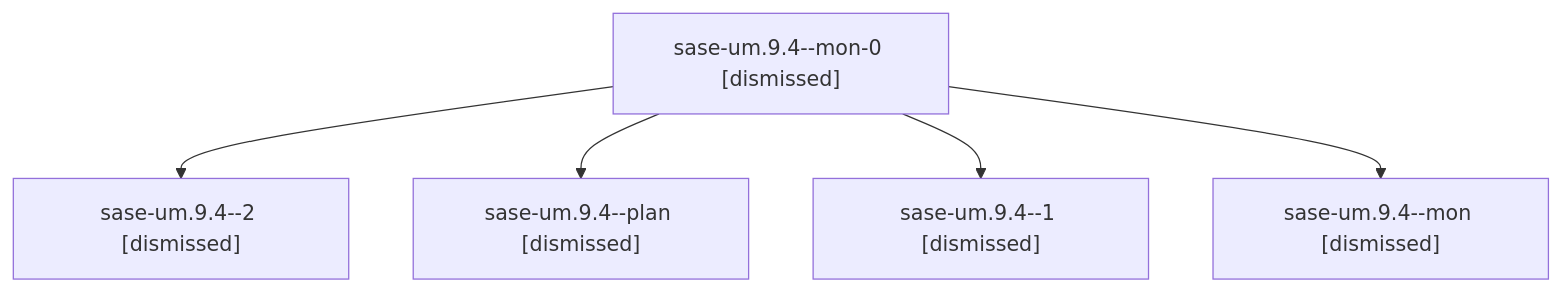
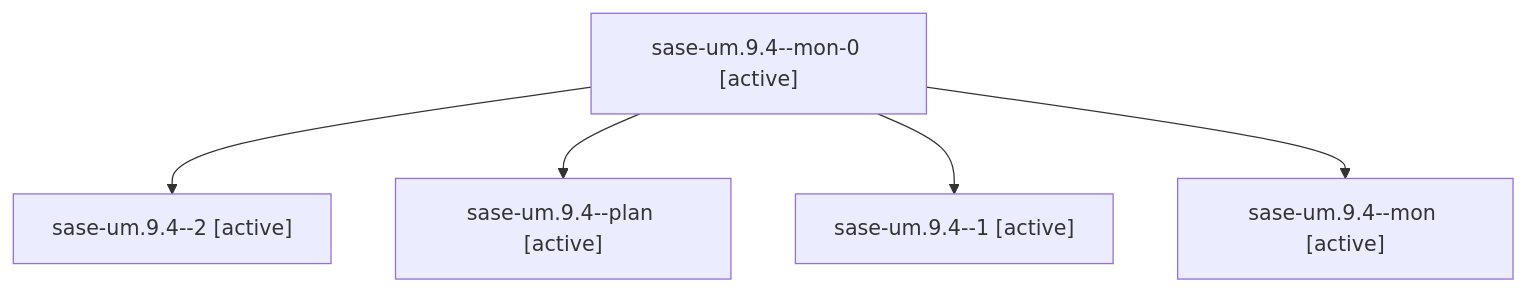
Before and after one commit to sase-org/sase--agents: the diagram in families/bbugyi200.athena.sase-um.9.4.md, drawn with Mermaid. The commit also changed other lines of this file and 35830 other files, not shown here.

````diff
--- a/families/bbugyi200.athena.sase-um.9.4.md
+++ b/families/bbugyi200.athena.sase-um.9.4.md
@@ -9,12 +9,12 @@
 ```mermaid
 flowchart TD
-  n0["sase-um.9.4--mon-0 [dismissed]"]
-  n1["sase-um.9.4--2 [dismissed]"]
+  n0["sase-um.9.4--mon-0 [active]"]
+  n1["sase-um.9.4--2 [active]"]
   n0 --> n1
-  n2["sase-um.9.4--plan [dismissed]"]
+  n2["sase-um.9.4--plan [active]"]
   n0 --> n2
-  n3["sase-um.9.4--1 [dismissed]"]
+  n3["sase-um.9.4--1 [active]"]
   n0 --> n3
-  n4["sase-um.9.4--mon [dismissed]"]
+  n4["sase-um.9.4--mon [active]"]
   n0 --> n4
 ```
````
